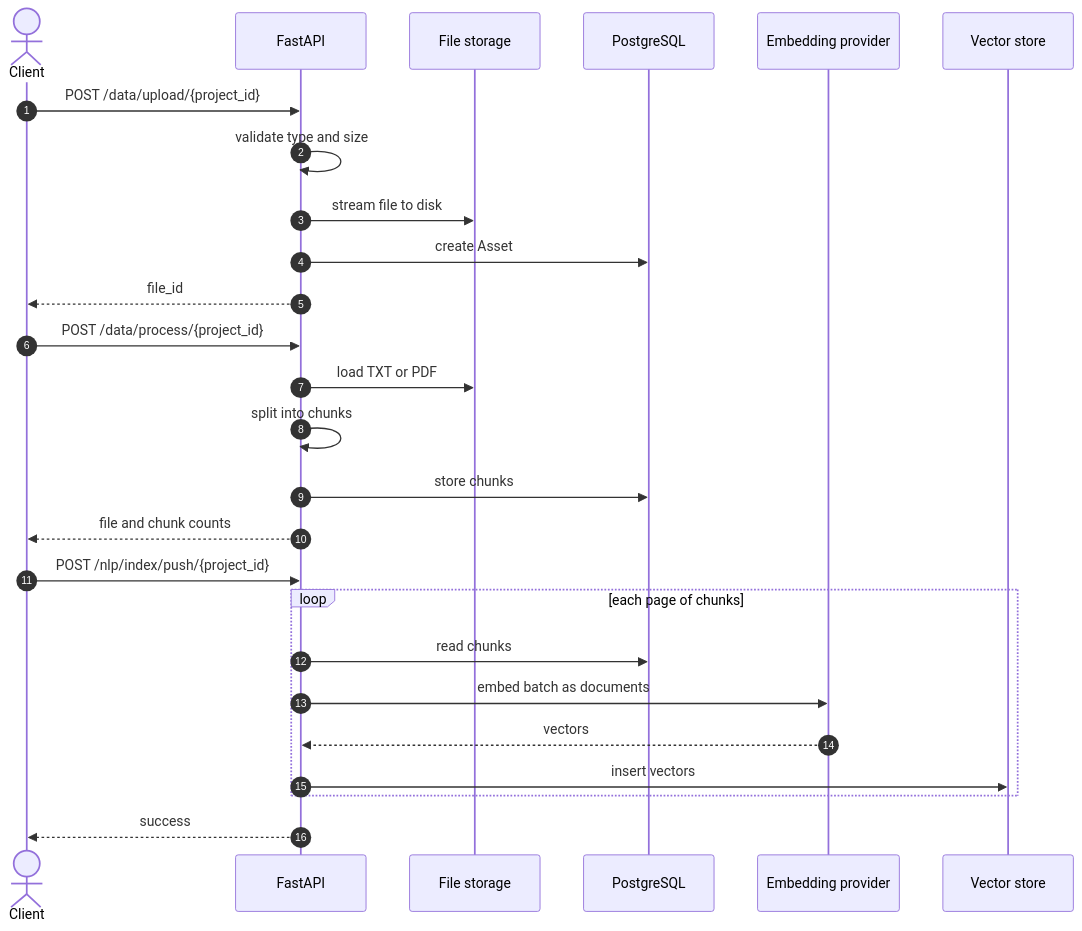
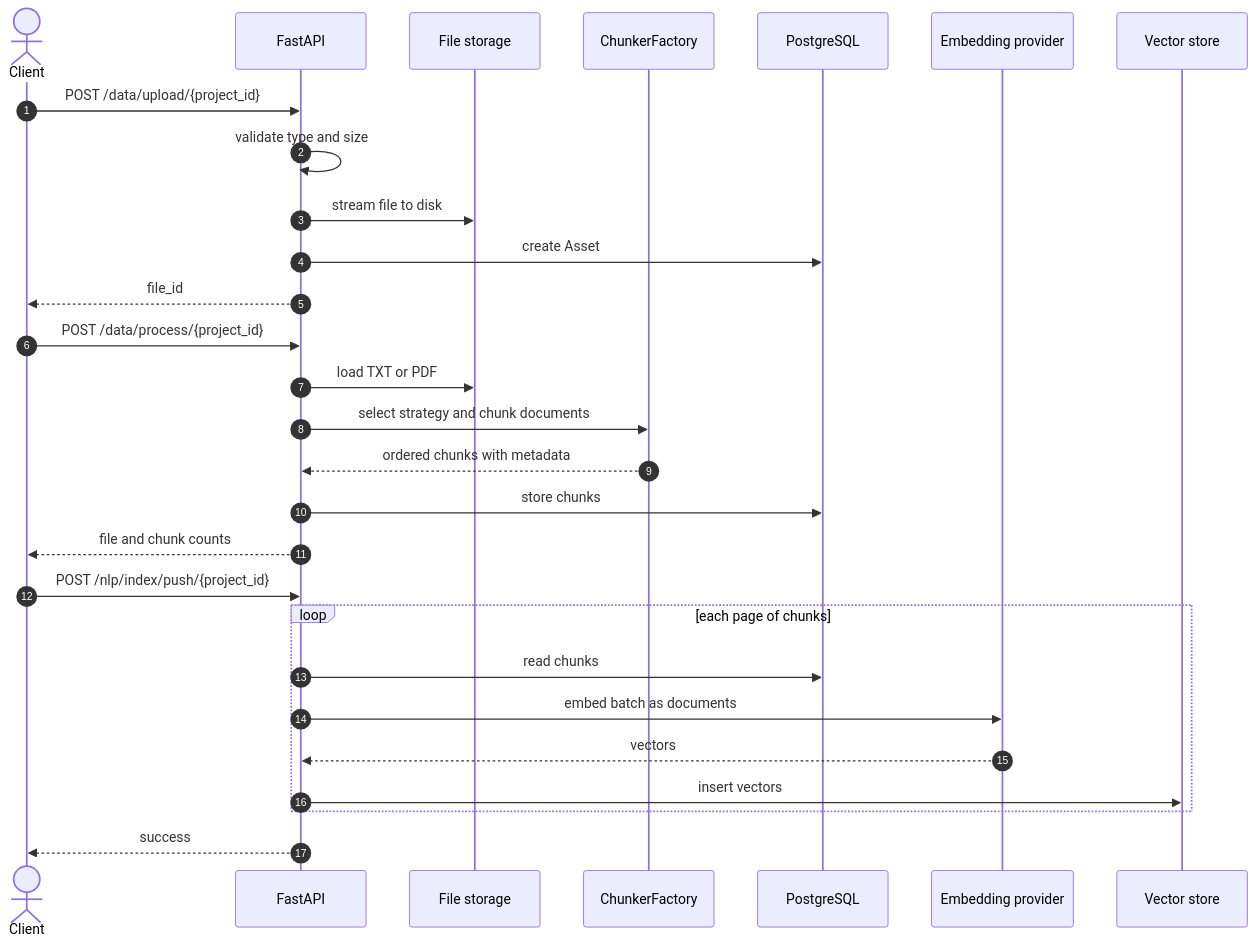
One commit to ElsebaiyMohamed/MiniRag_26 changed the third of 6 diagrams in README.md. Above: the diagram before and after it, drawn with Mermaid. The commit also changed other lines of this file and 4 other files, not shown here.

Commit message:
docs(chunker): update docs for the new chunking strategy

````diff
--- a/README.md
+++ b/README.md
@@ -127,33 +132,35 @@
 ```mermaid
 sequenceDiagram
     autonumber
     actor C as Client
     participant API as FastAPI
     participant FS as File storage
+    participant CH as ChunkerFactory
     participant DB as PostgreSQL
     participant EMB as Embedding provider
     participant VDB as Vector store
 
     C ->> API: POST /data/upload/{project_id}
     API ->> API: validate type and size
     API ->> FS: stream file to disk
     API ->> DB: create Asset
     API -->> C: file_id
 
     C ->> API: POST /data/process/{project_id}
     API ->> FS: load TXT or PDF
-    API ->> API: split into chunks
+    API ->> CH: select strategy and chunk documents
+    CH -->> API: ordered chunks with metadata
     API ->> DB: store chunks
     API -->> C: file and chunk counts
 
     C ->> API: POST /nlp/index/push/{project_id}
 
     loop each page of chunks
         API ->> DB: read chunks
         API ->> EMB: embed batch as documents
         EMB -->> API: vectors
         API ->> VDB: insert vectors
     end
 
     API -->> C: success
 ```
````
